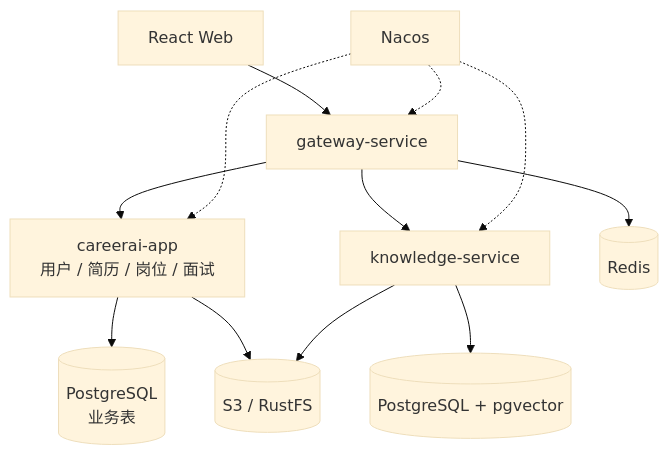
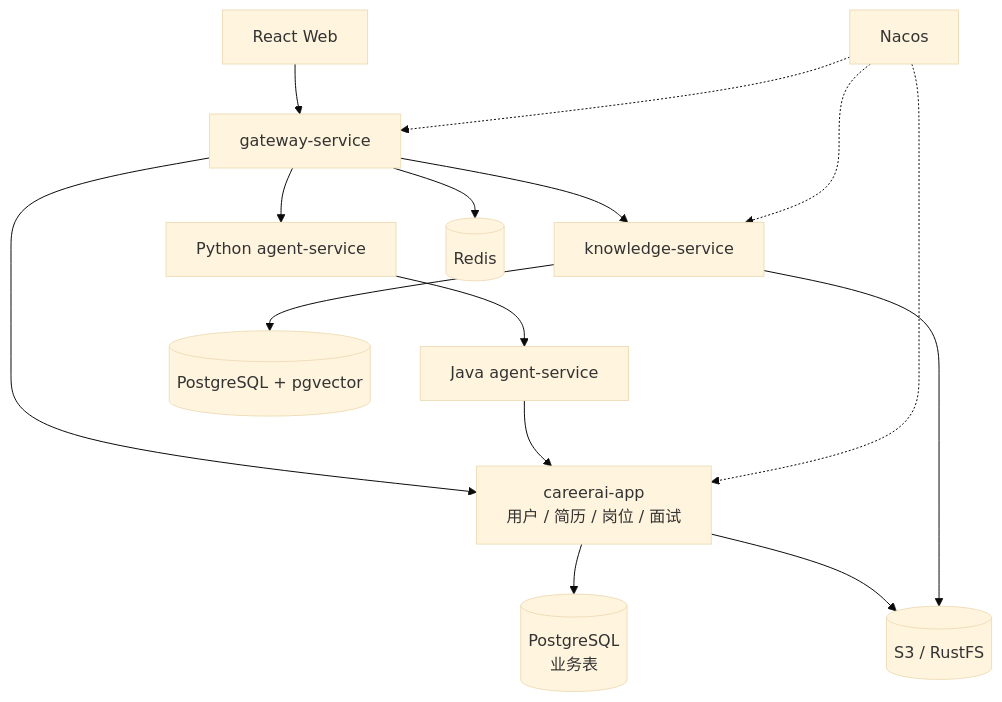
The second of 3 diagrams in README.md (w0nderful-yzh/CareerAI), drawn with Mermaid (base theme) before and after one commit. The commit also changed other lines of this file and 64 other files, not shown here.

````diff
--- a/README.md
+++ b/README.md
@@ -76,16 +108,19 @@
 ```mermaid
 flowchart TB
     WEB["React Web"] --> GW["gateway-service"]
     GW --> APP["careerai-app<br/>用户 / 简历 / 岗位 / 面试"]
     GW --> KNOWLEDGE["knowledge-service"]
+    GW --> PYAGENT["Python agent-service"]
+    PYAGENT --> JAGENT["Java agent-service"]
+    JAGENT --> APP
 
     APP --> PGAPP[("PostgreSQL<br/>业务表")]
     KNOWLEDGE --> PG[("PostgreSQL + pgvector")]
     APP --> OSS[("S3 / RustFS")]
     KNOWLEDGE --> OSS
     GW --> REDIS[("Redis")]
 
     NACOS["Nacos"] -.-> GW
     NACOS -.-> APP
     NACOS -.-> KNOWLEDGE
 ```
````
